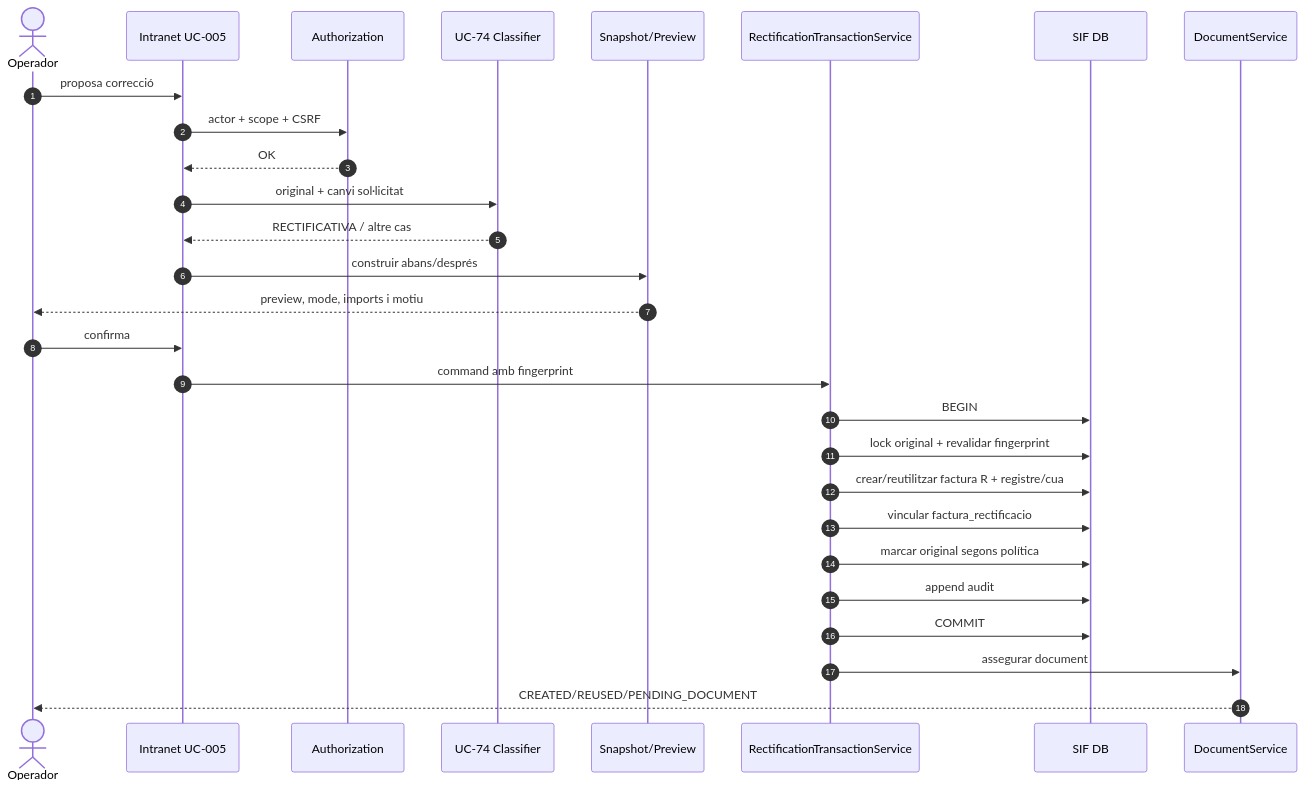
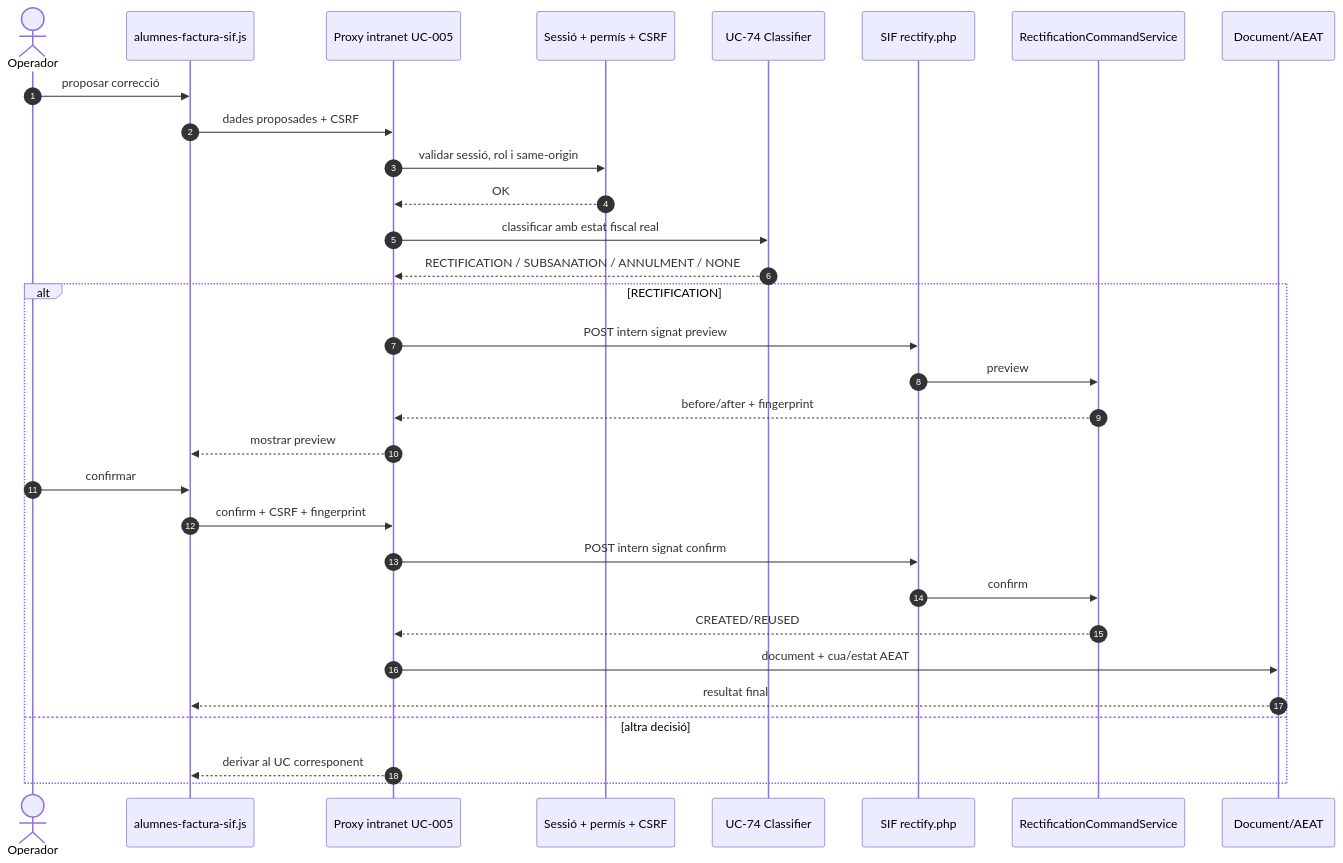
The fifth of 6 diagrams in documentacio/07-uml-integrat/uc-005-sequencies-actual-final.md (orgmeriemprismacat-del/verifactu), drawn with Mermaid before and after one commit. The commit also changed other lines of this file, not shown here.

Commit message:
docs(UC-005): reconcilia sequencies command atomic i AEAT

````diff
--- a/documentacio/07-uml-integrat/uc-005-sequencies-actual-final.md
+++ b/documentacio/07-uml-integrat/uc-005-sequencies-actual-final.md
@@ -76,30 +115,33 @@
 ```mermaid
 sequenceDiagram
 autonumber
 actor O as Operador
-participant UI as Intranet UC-005
-participant A as Authorization
-participant C as UC-74 Classifier
-participant P as Snapshot/Preview
-participant T as RectificationTransactionService
-participant DB as SIF DB
-participant D as DocumentService
-O->>UI: proposa correcció
-UI->>A: actor + scope + CSRF
-A-->>UI: OK
-UI->>C: original + canvi sol·licitat
-C-->>UI: RECTIFICATIVA / altre cas
-UI->>P: construir abans/després
-P-->>O: preview, mode, imports i motiu
-O->>UI: confirma
-UI->>T: command amb fingerprint
-T->>DB: BEGIN
-T->>DB: lock original + revalidar fingerprint
-T->>DB: crear/reutilitzar factura R + registre/cua
-T->>DB: vincular factura_rectificacio
-T->>DB: marcar original segons política
-T->>DB: append audit
-T->>DB: COMMIT
-T->>D: assegurar document
-D-->>O: CREATED/REUSED/PENDING_DOCUMENT
+participant UI as alumnes-factura-sif.js
+participant PX as Proxy intranet UC-005
+participant AUTH as Sessió + permís + CSRF
+participant CL as UC-74 Classifier
+participant API as SIF rectify.php
+participant CMD as RectificationCommandService
+participant DOC as Document/AEAT
+O->>UI: proposar correcció
+UI->>PX: dades proposades + CSRF
+PX->>AUTH: validar sessió, rol i same-origin
+AUTH-->>PX: OK
+PX->>CL: classificar amb estat fiscal real
+CL-->>PX: RECTIFICATION / SUBSANATION / ANNULMENT / NONE
+alt RECTIFICATION
+  PX->>API: POST intern signat preview
+  API->>CMD: preview
+  CMD-->>PX: before/after + fingerprint
+  PX-->>UI: mostrar preview
+  O->>UI: confirmar
+  UI->>PX: confirm + CSRF + fingerprint
+  PX->>API: POST intern signat confirm
+  API->>CMD: confirm
+  CMD-->>PX: CREATED/REUSED
+  PX->>DOC: document + cua/estat AEAT
+  DOC-->>UI: resultat final
+else altra decisió
+  PX-->>UI: derivar al UC corresponent
+end
 ```
````
